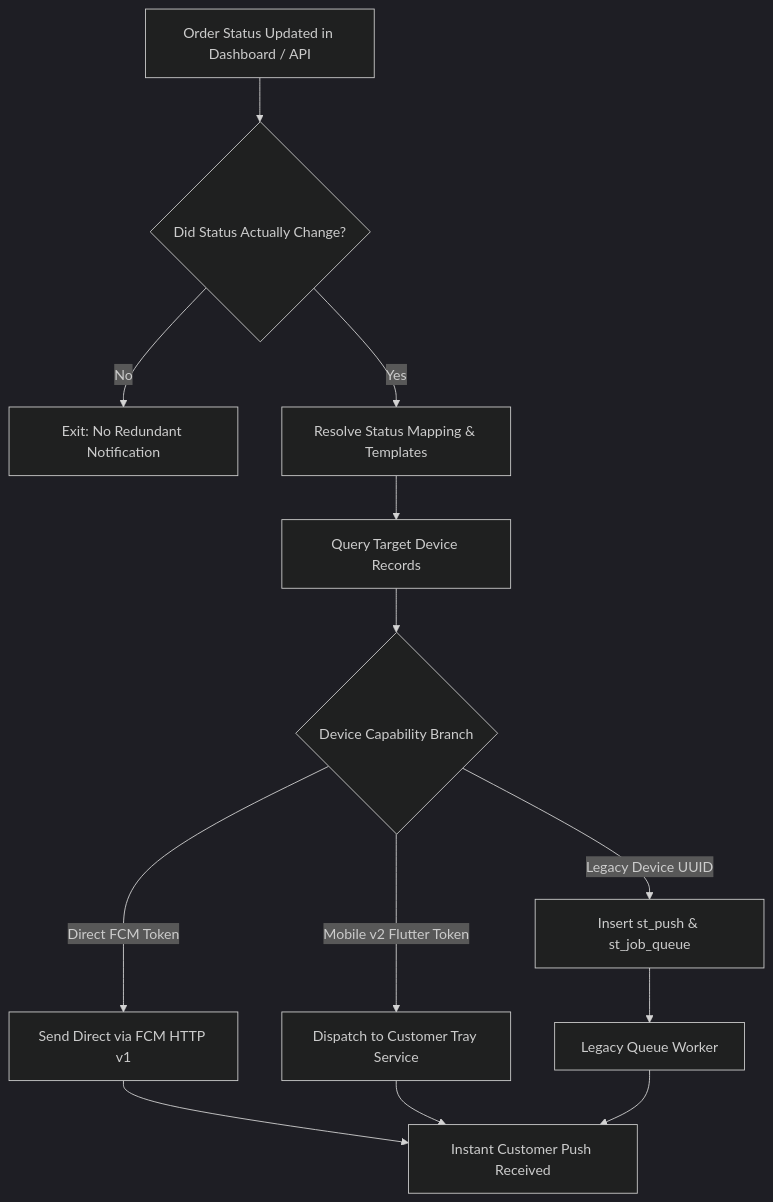
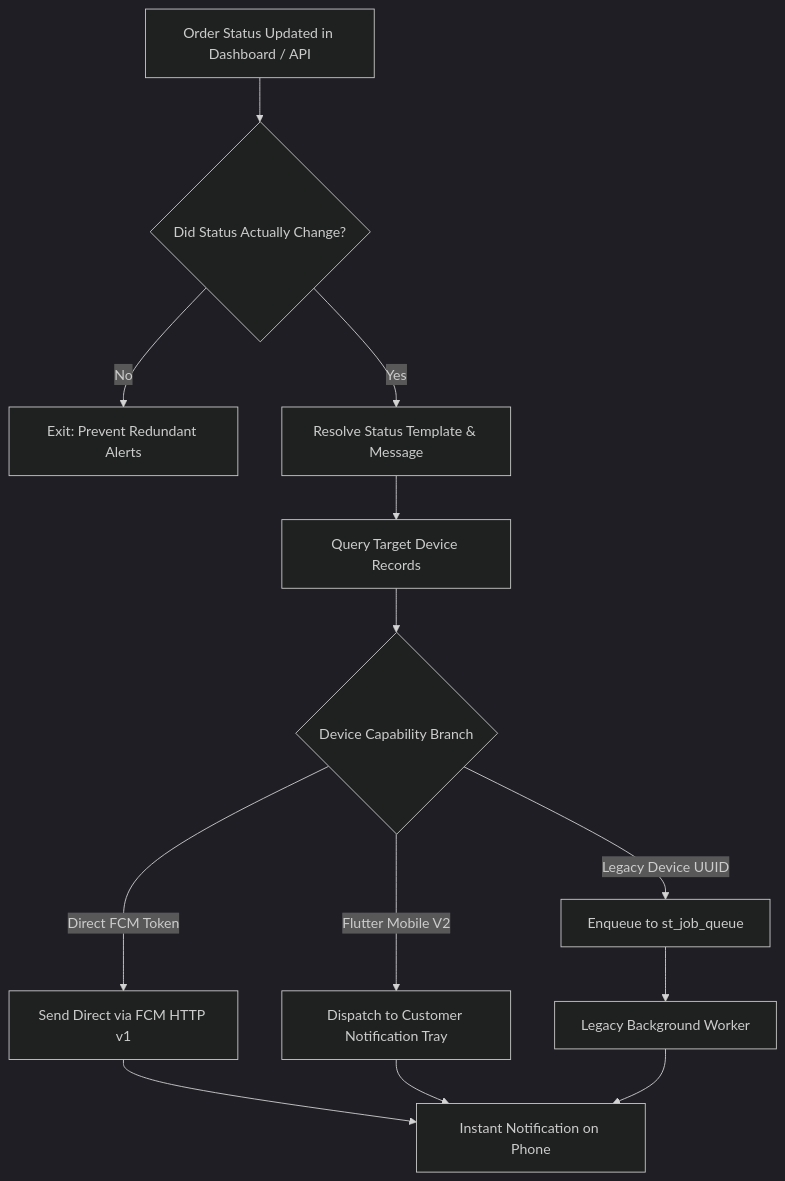
Before and after one commit to Maur1k/developer-portfolio: the second of 2 diagrams in frontend/public/projects/backops-wib/case_study_when_in_baguio.md, drawn with Mermaid (dark theme). The commit also changed other lines of this file and 4 other files, not shown here.

````diff
--- a/frontend/public/projects/backops-wib/case_study_when_in_baguio.md
+++ b/frontend/public/projects/backops-wib/case_study_when_in_baguio.md
@@ -65,15 +82,15 @@
 ```mermaid
 flowchart TD
     A[Order Status Updated in Dashboard / API] --> B{Did Status Actually Change?}
-    B -->|No| C[Exit: No Redundant Notification]
-    B -->|Yes| D[Resolve Status Mapping & Templates]
+    B -->|No| C[Exit: Prevent Redundant Alerts]
+    B -->|Yes| D[Resolve Status Template & Message]
     D --> E[Query Target Device Records]
     E --> F{Device Capability Branch}
-    F -->|Legacy Device UUID| G[Insert st_push & st_job_queue]
+    F -->|Legacy Device UUID| G[Enqueue to st_job_queue]
     F -->|Direct FCM Token| H[Send Direct via FCM HTTP v1]
-    F -->|Mobile v2 Flutter Token| I[Dispatch to Customer Tray Service]
-    G --> J[Legacy Queue Worker]
-    H --> K[Instant Customer Push Received]
+    F -->|Flutter Mobile V2| I[Dispatch to Customer Notification Tray]
+    G --> J[Legacy Background Worker]
+    H --> K[Instant Notification on Phone]
     I --> K
     J --> K
 ```
````
